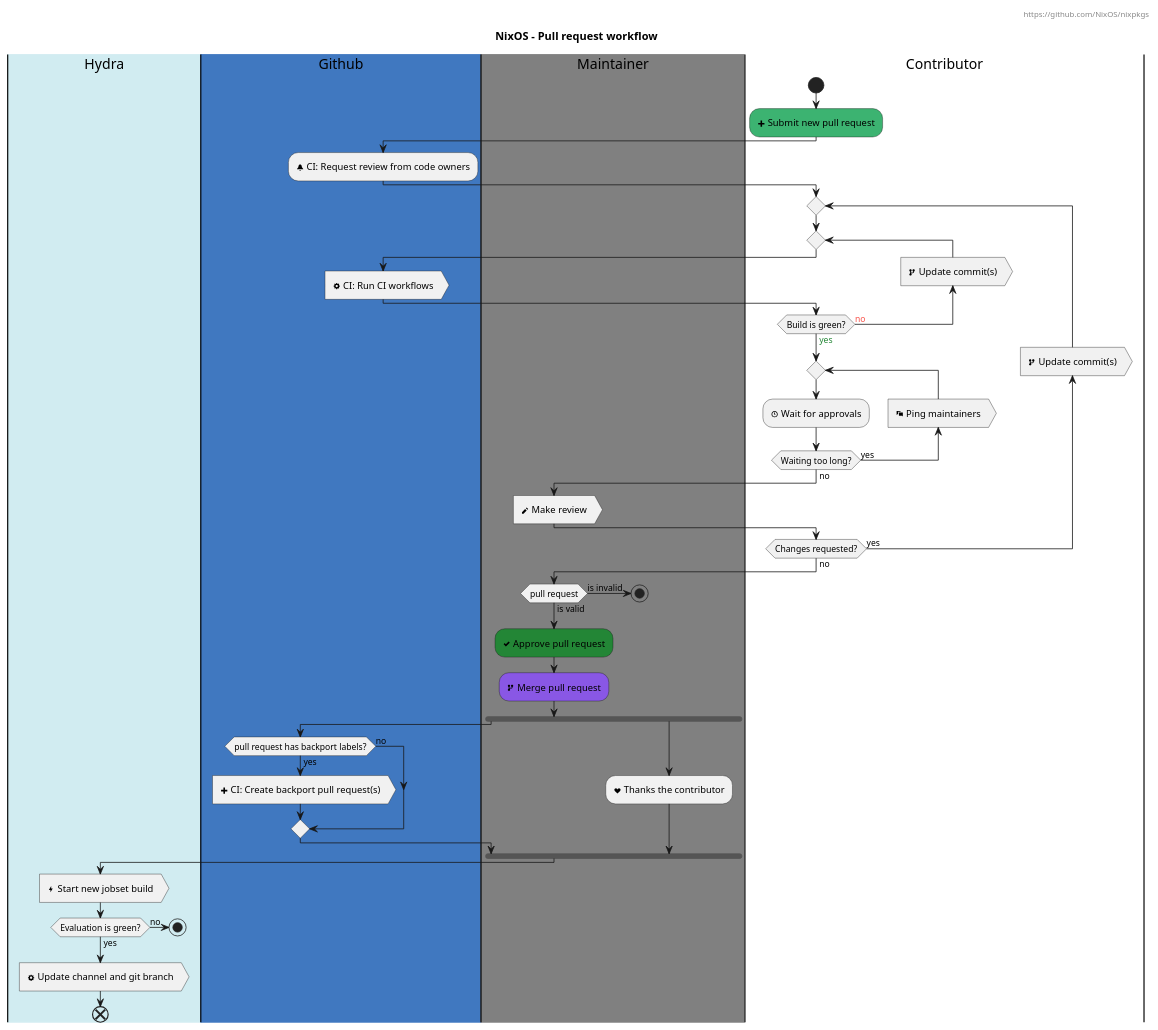
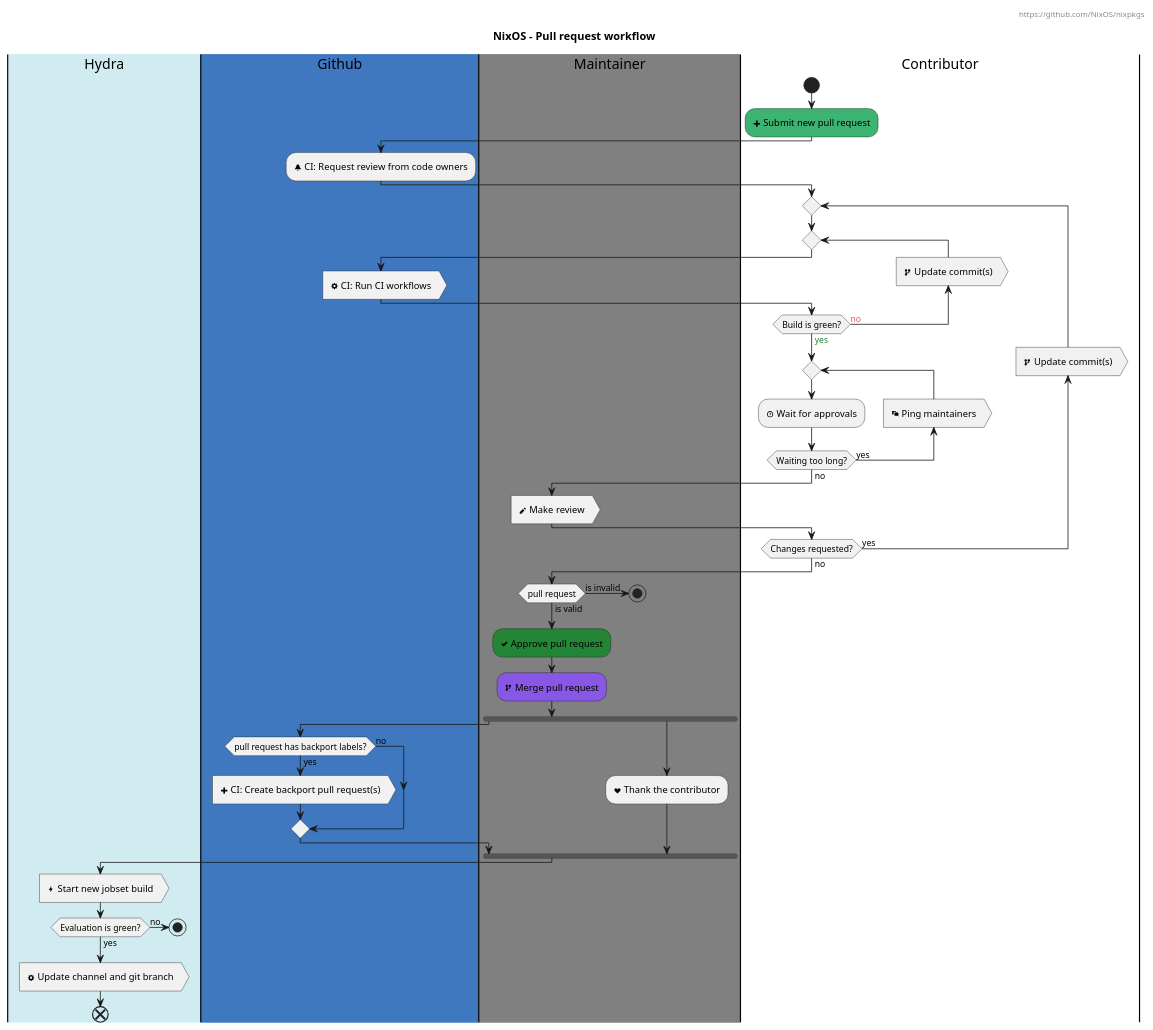
Before and after one commit to NixOS/nixpkgs: the diagram in doc/diagrams/pull-request.plantuml, drawn with PlantUML.

```diff
--- a/doc/diagrams/pull-request.plantuml
+++ b/doc/diagrams/pull-request.plantuml
@@ -1,71 +1,71 @@
 @startuml
 title Nixos - Pull request workflow
 header
 https://github.com/NixOS/nixpkgs
 endheader
 
 title NixOS - Pull request workflow
 
 |#d1ecf1|Hydra|
 |#4078c0|Github|
 |#grey|Maintainer|
 |#white|Contributor|
 
 |Contributor|
 start
   #MediumSeaGreen:<&plus> Submit new pull request;
 
   |Github|
   :<&bell> CI: Request review from code owners;
 
   |Contributor|
   repeat
     repeat
       label Here
       backward :<&fork> Update commit(s)>
       |Github|
       :<&cog> CI: Run CI workflows>
       |Contributor|
     repeat while (Build is green?) is (<color:#f85149>no) not (<color:#238636>yes)
 
     repeat
     :<&clock> Wait for approvals;
     backward :<&chat> Ping maintainers>
     repeat while (Waiting too long?) is (yes) not (no)
     |Maintainer|
     :<&pencil> Make review>
     |Contributor|
     backward :<&fork> Update commit(s)>
   repeat while (Changes requested?) is (yes) not (no)
   |Maintainer|
   if (pull request) is (is invalid) then
     stop
   else (is valid)
   endif
   #238636:<&check> Approve pull request;
 
   |Maintainer|
   #8957e5:<&fork> Merge pull request;
 
   fork
   |Github|
   if (pull request has backport labels?) is (yes) then
     :<&plus> CI: Create backport pull request(s)>
   else (no)
   endif
   fork again
   |Maintainer|
-  :<&heart> Thanks the contributor;
+  :<&heart> Thank the contributor;
   end fork
 
   |Hydra|
   :<&bolt> Start new jobset build>
   if (Evaluation is green?) is (no) then
 
   stop
   else (yes)
   endif
 
   :<&cog> Update channel and git branch>
 end
 @enduml
```
